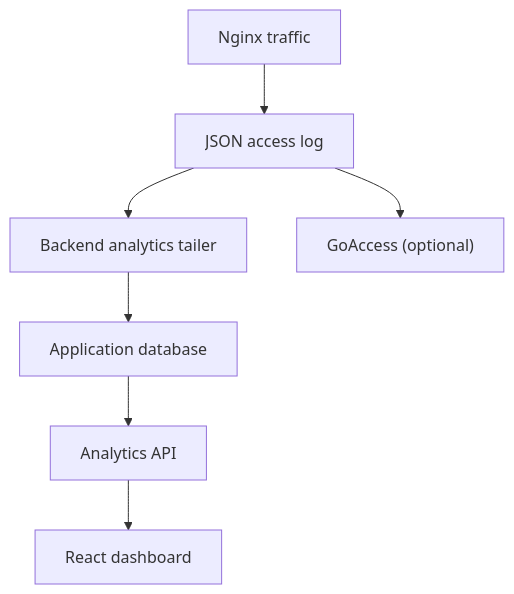
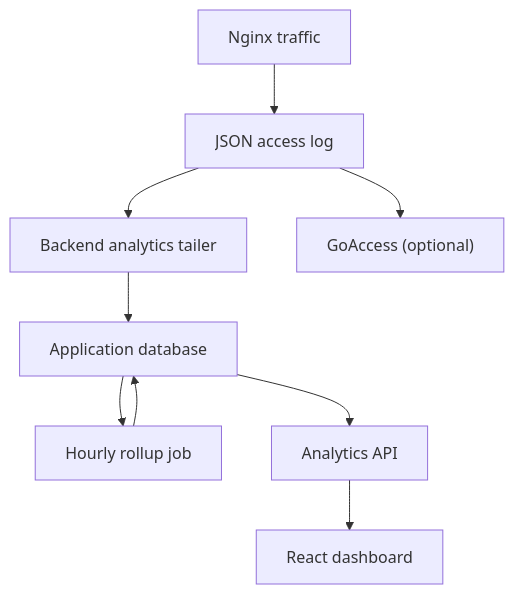
One commit to shedowe19/ShieldPM changed the diagram in docs/wiki/Analytics.md. Above: the diagram before and after it, drawn with Mermaid. The commit also changed other lines of this file and 24 other files, not shown here.

````diff
--- a/docs/wiki/Analytics.md
+++ b/docs/wiki/Analytics.md
@@ -9,9 +9,11 @@
 ```mermaid
 flowchart TD
   N["Nginx traffic"] --> L["JSON access log"]
   L --> B["Backend analytics tailer"]
   L --> G["GoAccess (optional)"]
   B --> D["Application database"]
+  D --> H["Hourly rollup job"]
+  H --> D
   D --> A["Analytics API"]
   A --> R["React dashboard"]
 ```
````
